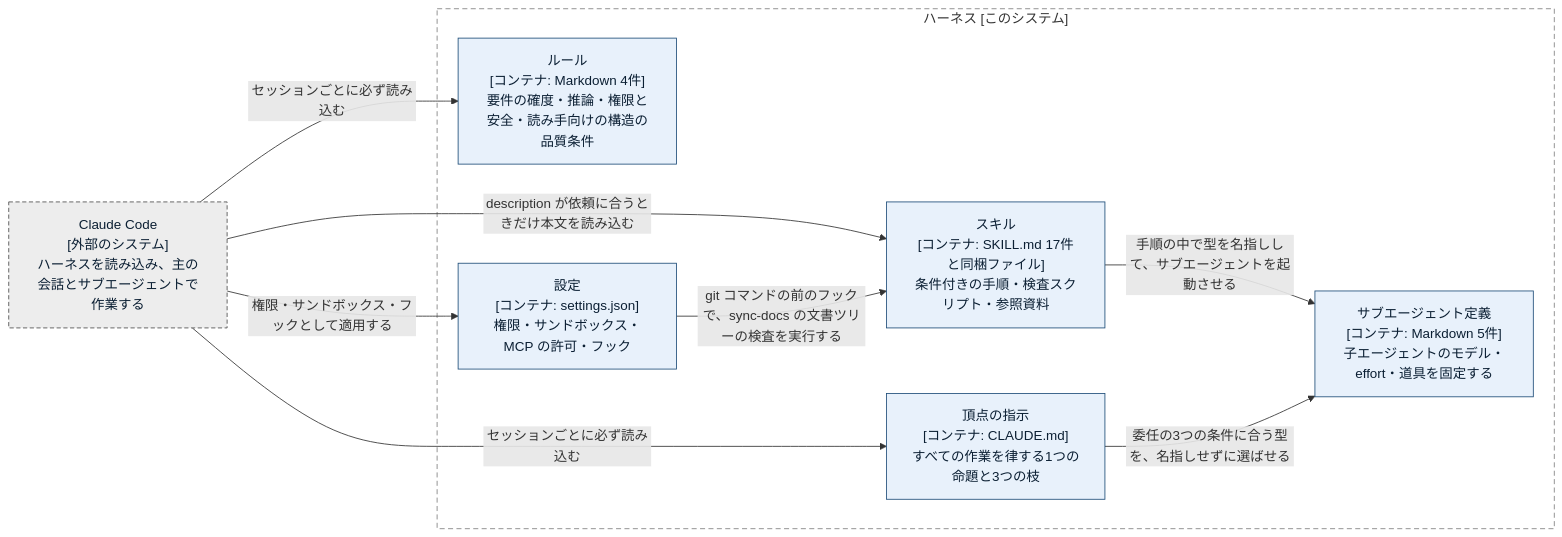
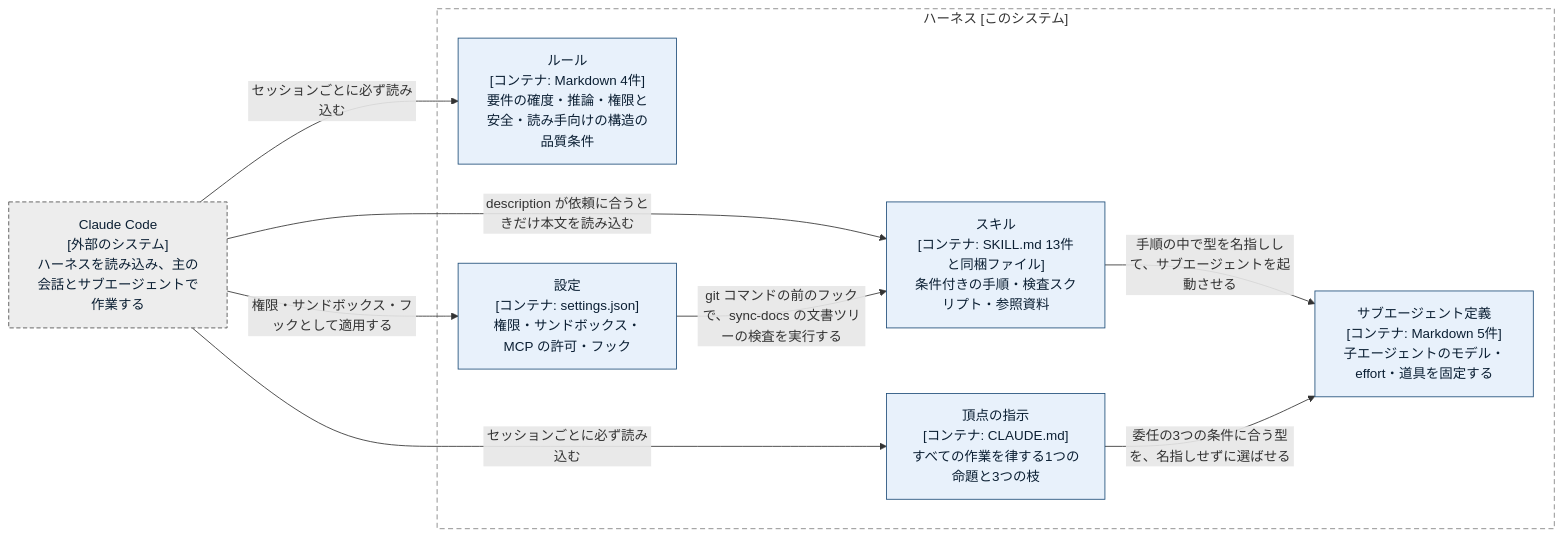
One commit to superluminal-jp/my-claude-code changed the diagram in docs/harness/skill-map/02-containers.md. Above: the diagram before and after it, drawn with Mermaid. The commit also changed other lines of this file and 6 other files, not shown here.

First line of the commit message:
docs: 設計文書、構成図、持ち出し用プロンプトを ADR-0029 の状態に合わせる

````diff
--- a/docs/harness/skill-map/02-containers.md
+++ b/docs/harness/skill-map/02-containers.md
@@ -8,23 +8,23 @@
 ```mermaid
 flowchart LR
   accTitle: コンテナ図: ハーネスの層
-  accDescr: Claude Code は頂点の指示とルールを毎回読み込み、スキルは依頼に合うときだけ読み込み、設定を権限・サンドボックス・フックとして適用する。スキルはサブエージェント定義を名指しして起動させ、頂点の指示は委任の条件でサブエージェントの型を選ばせる。設定のフックはスキルの検査スクリプトを実行する。
+  accDescr: Claude Code は頂点の指示とルールを毎回読み込み、スキルは依頼に合うときだけ読み込み、設定を権限・サンドボックス・フックとして適用する。スキルの1つはサブエージェント定義を名指しして起動させ、頂点の指示は委任の条件でサブエージェントの型を選ばせる。設定のフックはスキルの検査スクリプトを実行する。
   cc["Claude Code<br/>[外部のシステム]<br/>ハーネスを読み込み、主の会話とサブエージェントで作業する"]:::external
   subgraph harness["ハーネス [このシステム]"]
     apex["頂点の指示<br/>[コンテナ: CLAUDE.md]<br/>すべての作業を律する1つの命題と3つの枝"]:::container
     rules["ルール<br/>[コンテナ: Markdown 4件]<br/>要件の確度・推論・権限と安全・読み手向けの構造の品質条件"]:::container
-    skills["スキル<br/>[コンテナ: SKILL.md 17件と同梱ファイル]<br/>条件付きの手順・検査スクリプト・参照資料"]:::container
+    skills["スキル<br/>[コンテナ: SKILL.md 13件と同梱ファイル]<br/>条件付きの手順・検査スクリプト・参照資料"]:::container
     agents["サブエージェント定義<br/>[コンテナ: Markdown 5件]<br/>子エージェントのモデル・effort・道具を固定する"]:::container
     settings["設定<br/>[コンテナ: settings.json]<br/>権限・サンドボックス・MCP の許可・フック"]:::container
   end
   cc -->|"セッションごとに必ず読み込む"| apex
   cc -->|"セッションごとに必ず読み込む"| rules
   cc -->|"description が依頼に合うときだけ本文を読み込む"| skills
   cc -->|"権限・サンドボックス・フックとして適用する"| settings
   skills -->|"手順の中で型を名指しして、サブエージェントを起動させる"| agents
   apex -->|"委任の3つの条件に合う型を、名指しせずに選ばせる"| agents
   settings -->|"git コマンドの前のフックで、sync-docs の文書ツリーの検査を実行する"| skills
   style harness fill:none,stroke:#808080,stroke-dasharray:6 4
   classDef container fill:#E8F1FB,stroke:#1F4E79,color:#0B1F33
   classDef external fill:#EDEDED,stroke:#4D4D4D,stroke-dasharray:5 3,color:#0B1F33
 ```
````
